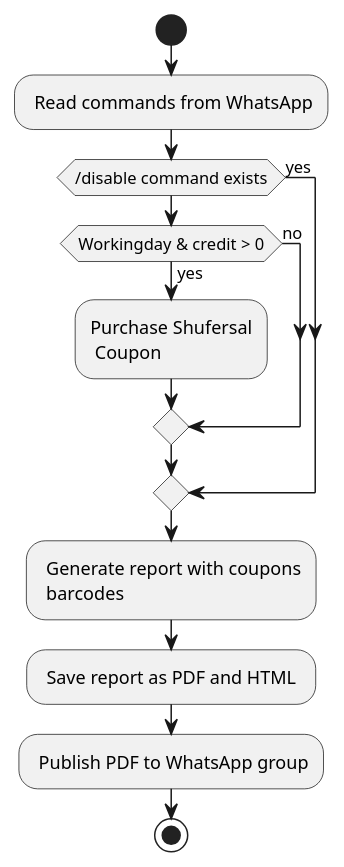
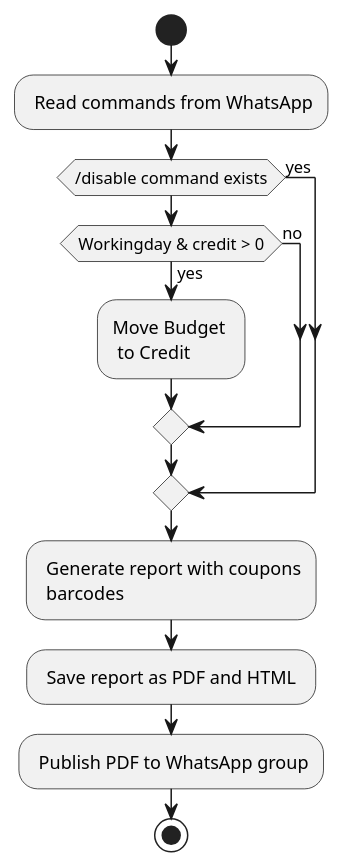
Before and after one commit to kfiry77/10bot: the diagram in README.md, drawn with PlantUML. The commit also changed 1 other file, not shown here.

Commit message:
compile markdown source

````diff
--- a/README.md
+++ b/README.md
@@ -11,19 +11,19 @@
 ```plantuml
 @startuml
 start
 
 : Read commands from WhatsApp;
 if (/disable command exists) then (yes)
 else
     if (Workingday & credit > 0) then (yes)
-      :Purchase Shufersal\n Coupon;
+      :Move Budget \n to Credit;
     else (no)
     endif
 endif
 
 : Generate report with coupons\n barcodes;
 : Save report as PDF and HTML ;
 : Publish PDF to WhatsApp group;
 stop
 @enduml
 ```
````
